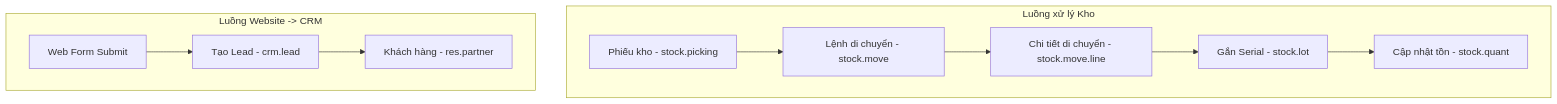
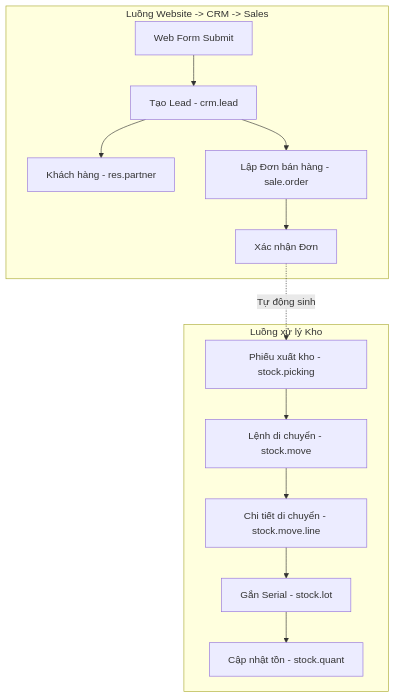
The second of 2 diagrams in docs/ERD.md (vophamk23/Odoo_Project), drawn with Mermaid before and after one commit. The commit also changed other lines of this file, not shown here.

Commit message:
docs: bổ sung 2 bảng sale.order và sale.order.line vào ERD và cập nhật sơ đồ Mermaid

````diff
--- a/docs/ERD.md
+++ b/docs/ERD.md
@@ -155,14 +192,17 @@
 ```mermaid
 flowchart TD
+    subgraph CRM_Sales [Luồng Website -> CRM -> Sales]
+        F[Web Form Submit] --> G[Tạo Lead - crm.lead]
+        G --> H[Khách hàng - res.partner]
+        G --> I[Lập Đơn bán hàng - sale.order]
+        I --> J[Xác nhận Đơn]
+    end
+
     subgraph Kho [Luồng xử lý Kho]
-        A[Phiếu kho - stock.picking] --> B[Lệnh di chuyển - stock.move]
+        J -. Tự động sinh .-> A[Phiếu xuất kho - stock.picking]
+        A --> B[Lệnh di chuyển - stock.move]
         B --> C[Chi tiết di chuyển - stock.move.line]
         C --> D[Gắn Serial - stock.lot]
         D --> E[Cập nhật tồn - stock.quant]
     end
-
-    subgraph CRM [Luồng Website -> CRM]
-        F[Web Form Submit] --> G[Tạo Lead - crm.lead]
-        G --> H[Khách hàng - res.partner]
-    end
 ```
````
